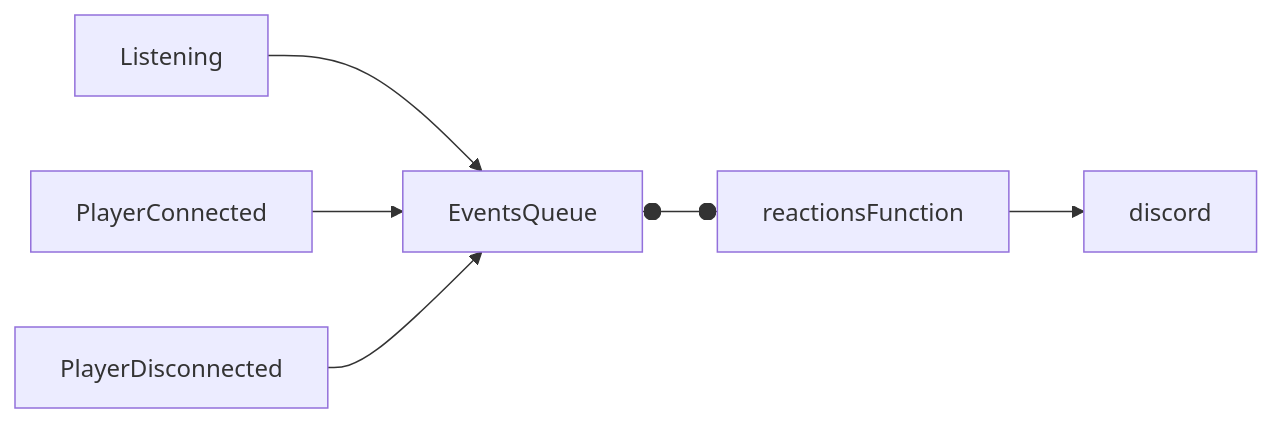
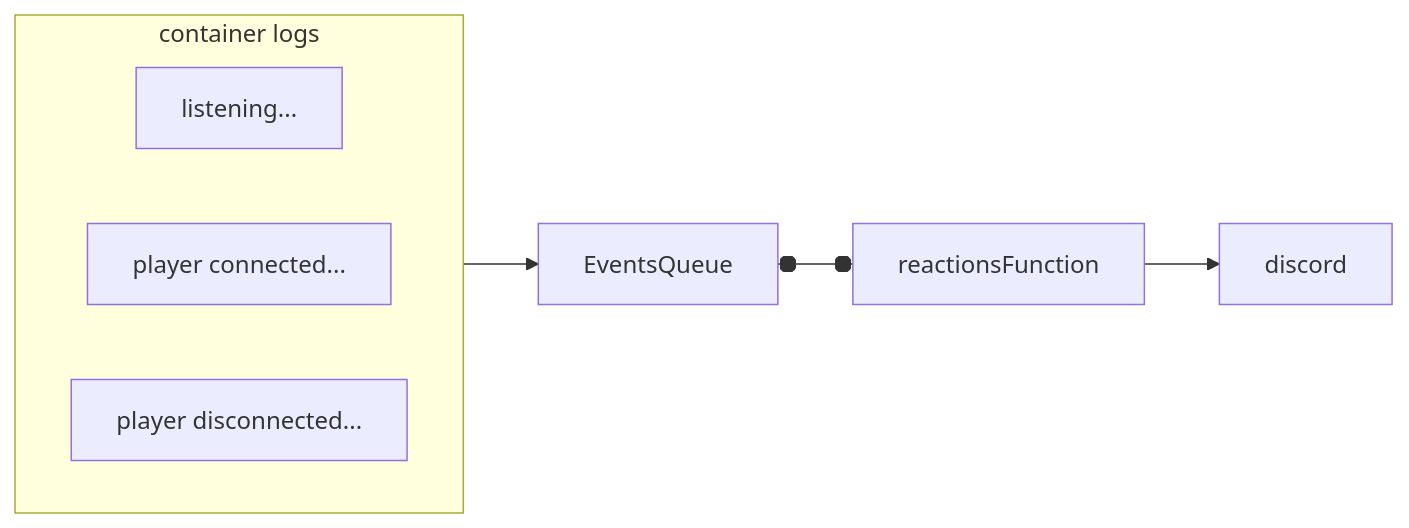
The second of 2 diagrams in README.md (rdalbuquerque/valheim-server), drawn with Mermaid before and after one commit.

Commit message:
game events graph improvement

````diff
--- a/README.md
+++ b/README.md
@@ -47,8 +47,12 @@
 ```mermaid
 flowchart LR;
-    Listening --> EventsQueue
-    PlayerConnected --> EventsQueue
-    PlayerDisconnected --> EventsQueue
+    subgraph vmlogs [container logs]
+        direction LR
+        listening...
+        playerconn[player connected...]
+        playerdisconn[player disconnected...]
+    end
+    vmlogs --> EventsQueue
     EventsQueue o--o reactionsFunction
     reactionsFunction --> discord
 ```
````
